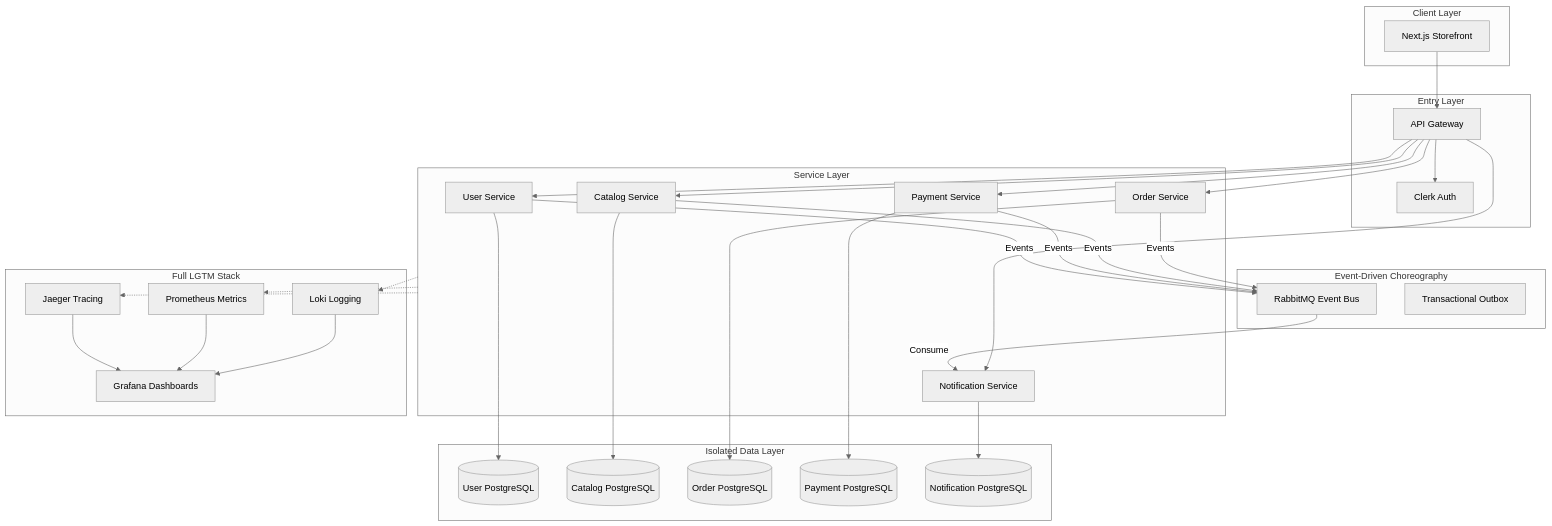
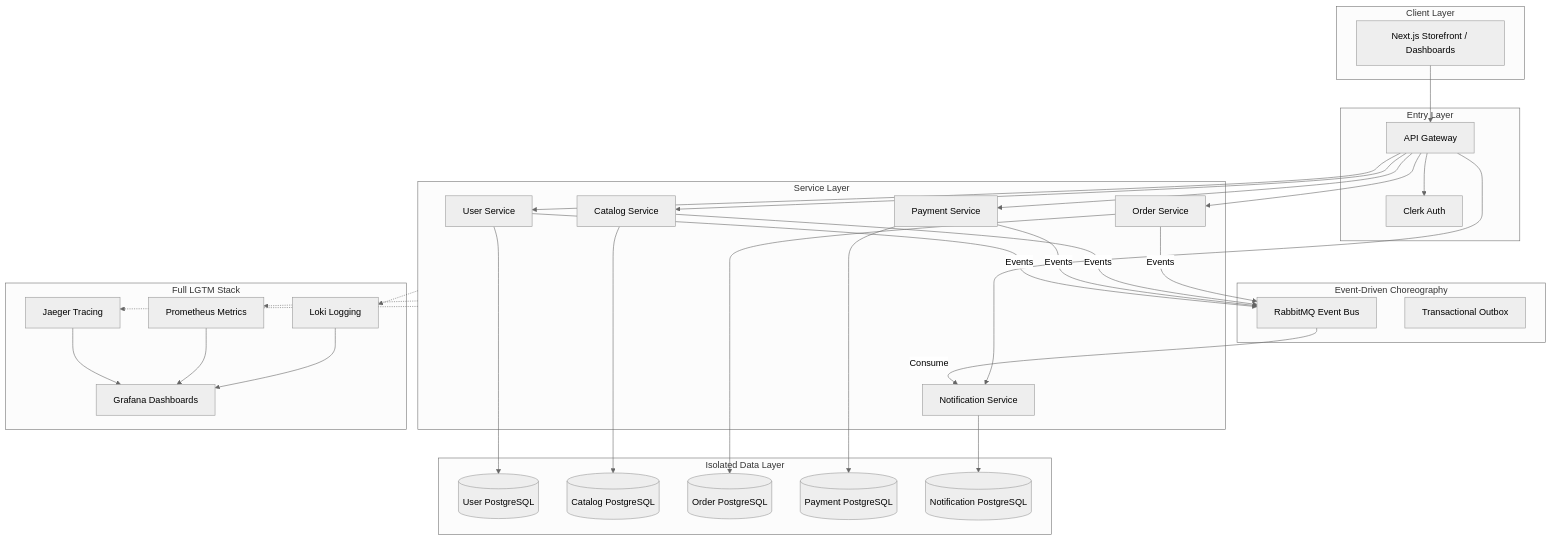
One commit to AmitxParmar/modular-mart-microservices changed the first of 2 diagrams in README.md. Above: the diagram before and after it, drawn with Mermaid (neutral theme). The commit also changed other lines of this file and 13 other files, not shown here.

````diff
--- a/README.md
+++ b/README.md
@@ -19,64 +19,64 @@
 ```mermaid
 graph TB
     subgraph Client_Layer [Client Layer]
-        Web[Next.js Storefront]
+        Web[Next.js Storefront / Dashboards]
     end
 
     subgraph Entry_Layer [Entry Layer]
         Gateway[API Gateway]
         Auth[Clerk Auth]
     end
 
     subgraph Logic_Layer [Service Layer]
         UserSvc[User Service]
         CatalogSvc[Catalog Service]
         OrderSvc[Order Service]
         PaymentSvc[Payment Service]
         NotifSvc[Notification Service]
     end
 
     subgraph Data_Layer [Isolated Data Layer]
         UserDB[(User PostgreSQL)]
         CatalogDB[(Catalog PostgreSQL)]
         OrderDB[(Order PostgreSQL)]
         PaymentDB[(Payment PostgreSQL)]
         NotifDB[(Notification PostgreSQL)]
     end
 
     subgraph Messaging [Event-Driven Choreography]
         RMQ[RabbitMQ Event Bus]
         Outbox[Transactional Outbox]
     end
 
     subgraph Observability [Full LGTM Stack]
         Grafana[Grafana Dashboards]
         Loki[Loki Logging]
         Prom[Prometheus Metrics]
         Jaeger[Jaeger Tracing]
     end
 
     Web --> Gateway
     Gateway --> Auth
     Gateway --> UserSvc
     Gateway --> CatalogSvc
     Gateway --> OrderSvc
     Gateway --> PaymentSvc
     Gateway --> NotifSvc
 
     UserSvc --> UserDB
     CatalogSvc --> CatalogDB
     OrderSvc --> OrderDB
     PaymentSvc --> PaymentDB
     NotifSvc --> NotifDB
 
     OrderSvc -- Events --> RMQ
     CatalogSvc -- Events --> RMQ
     PaymentSvc -- Events --> RMQ
     UserSvc -- Events --> RMQ
     RMQ -- Consume --> NotifSvc
     
     Logic_Layer -.-> Loki
     Logic_Layer -.-> Prom
     Logic_Layer -.-> Jaeger
     Loki & Prom & Jaeger --> Grafana
 ```
````
